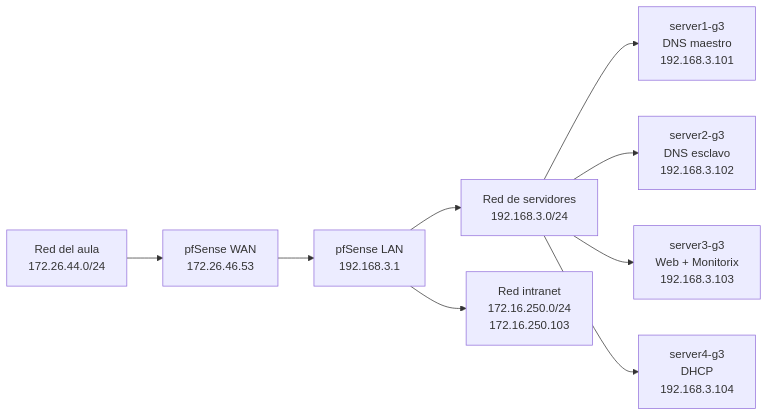
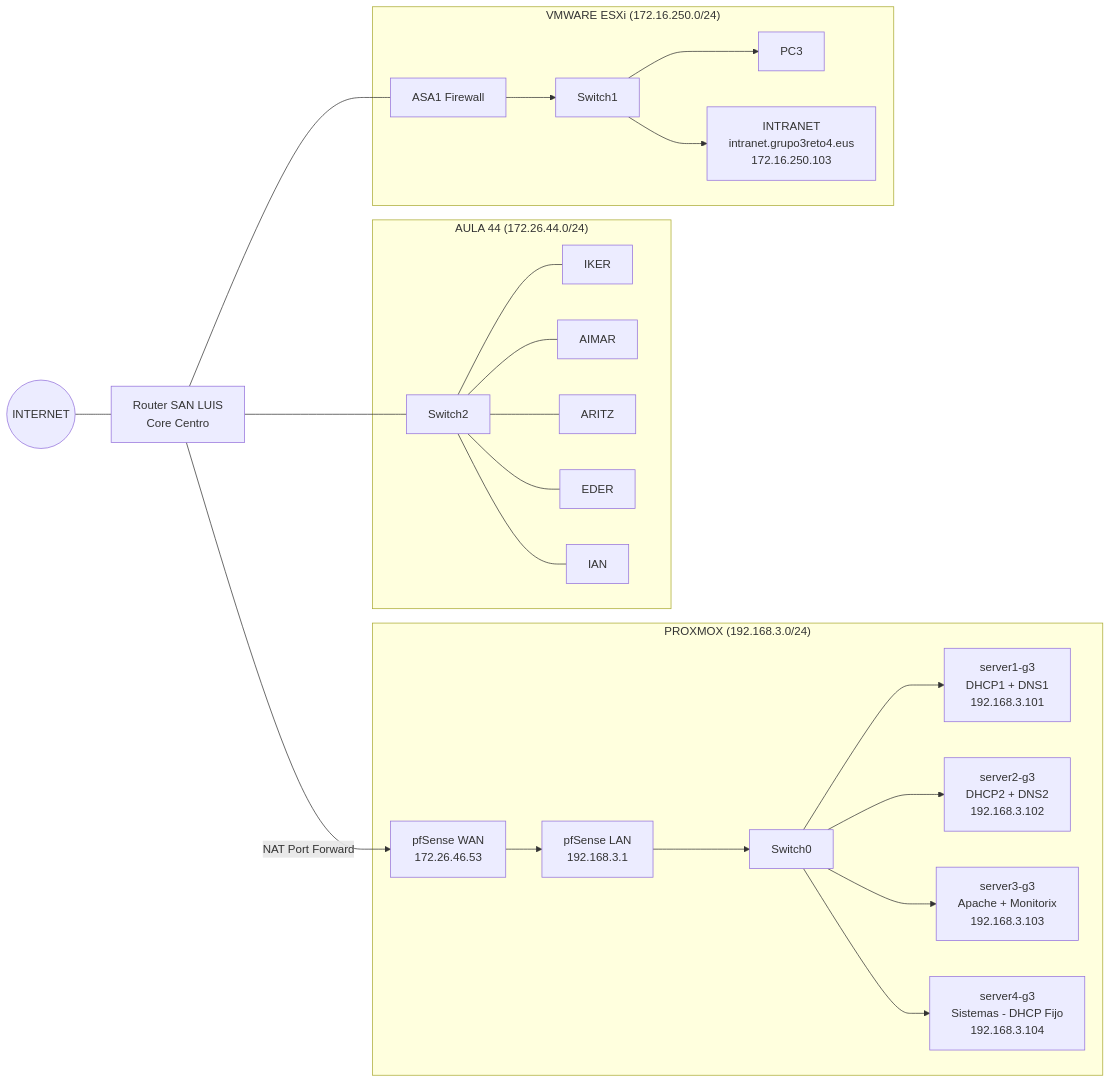
Before and after one commit to Merininho/Reto4-g3: the diagram in README.md, drawn with Mermaid.

````diff
--- a/README.md
+++ b/README.md
@@ -42,11 +40,34 @@
 ```mermaid
 flowchart LR
-    Aula["Red del aula<br/>172.26.44.0/24"] --> WAN["pfSense WAN<br/>172.26.46.53"]
-    WAN --> FW["pfSense LAN<br/>192.168.3.1"]
-    FW --> LAN["Red de servidores<br/>192.168.3.0/24"]
-    LAN --> DNS1["server1-g3<br/>DNS maestro<br/>192.168.3.101"]
-    LAN --> DNS2["server2-g3<br/>DNS esclavo<br/>192.168.3.102"]
-    LAN --> WEB["server3-g3<br/>Web + Monitorix<br/>192.168.3.103"]
-    LAN --> DHCP["server4-g3<br/>DHCP<br/>192.168.3.104"]
-    FW --> INTRANET["Red intranet<br/>172.16.250.0/24<br/>172.16.250.103"]
+    INTERNET((INTERNET)) --- SANLUIS[Router SAN LUIS<br/>Core Centro]
+
+    subgraph AULA["AULA 44 (172.26.44.0/24)"]
+        SW2[Switch2]
+        SW2 --- IKER[IKER]
+        SW2 --- AIMAR[AIMAR]
+        SW2 --- ARITZ[ARITZ]
+        SW2 --- EDER[EDER]
+        SW2 --- IAN[IAN]
+    end
+
+    SANLUIS --- SW2
+
+    subgraph PROXMOX["PROXMOX (192.168.3.0/24)"]
+        PFSENSE_WAN[pfSense WAN<br/>172.26.46.53] --> PFSENSE_LAN[pfSense LAN<br/>192.168.3.1]
+        PFSENSE_LAN --> SW0[Switch0]
+        SW0 --> S1[server1-g3<br/>DHCP1 + DNS1<br/>192.168.3.101]
+        SW0 --> S2[server2-g3<br/>DHCP2 + DNS2<br/>192.168.3.102]
+        SW0 --> S3[server3-g3<br/>Apache + Monitorix<br/>192.168.3.103]
+        SW0 --> S4[server4-g3<br/>Sistemas - DHCP Fijo<br/>192.168.3.104]
+    end
+
+    SANLUIS -->|NAT Port Forward| PFSENSE_WAN
+
+    subgraph ESXI["VMWARE ESXi (172.16.250.0/24)"]
+        ASA1[ASA1 Firewall] --> SW1[Switch1]
+        SW1 --> PC3[PC3]
+        SW1 --> INTRANET[INTRANET<br/>intranet.grupo3reto4.eus<br/>172.16.250.103]
+    end
+
+    SANLUIS --- ASA1
 ```
````
